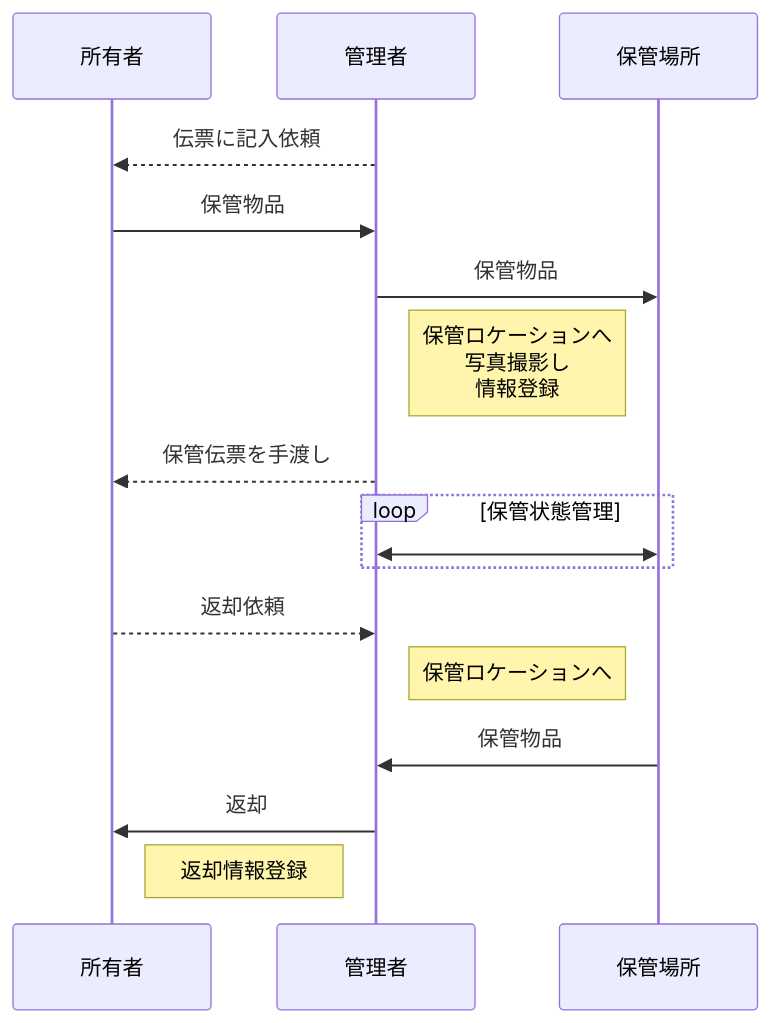
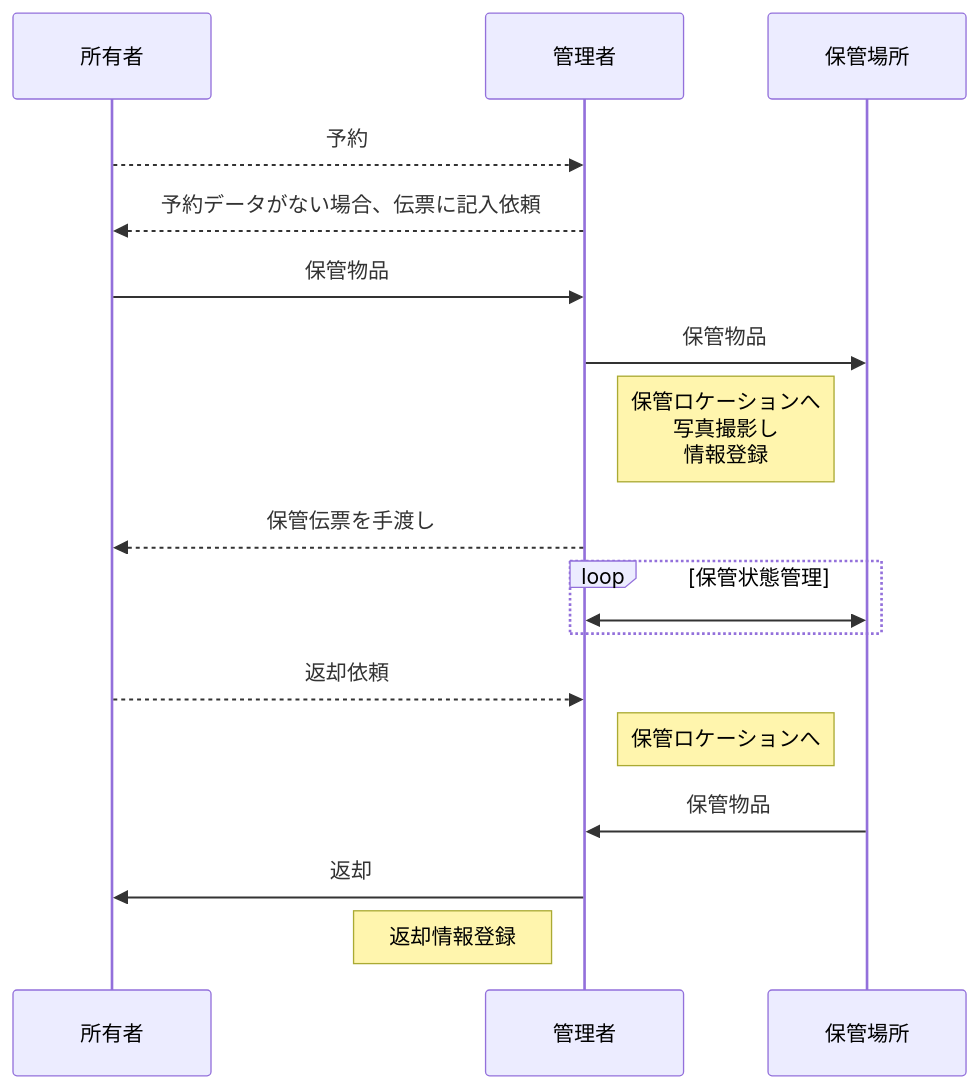
One commit to piot-jp-Team/goods_storage changed the first of 2 diagrams in README.md. Above: the diagram before and after it, drawn with Mermaid. The commit also changed other lines of this file, not shown here.

````diff
--- a/README.md
+++ b/README.md
@@ -12,18 +12,19 @@
 ```mermaid
 sequenceDiagram
     participant 所有者
     participant 管理者
-    管理者-->>所有者: 伝票に記入依頼
+    所有者-->>管理者: 予約
+    管理者-->>所有者: 予約データがない場合、伝票に記入依頼
     所有者->>管理者: 保管物品
     管理者->>保管場所: 保管物品
     Note right of 管理者: 保管ロケーションへ <br/>写真撮影し <br/>情報登録
     管理者-->>所有者: 保管伝票を手渡し
     loop 保管状態管理
         管理者<<->>保管場所: 
     end
     所有者-->>管理者: 返却依頼
     Note right of 管理者: 保管ロケーションへ
     保管場所->>管理者: 保管物品
     管理者->>所有者: 返却
     Note left of 管理者: 返却情報登録
 ```
````
